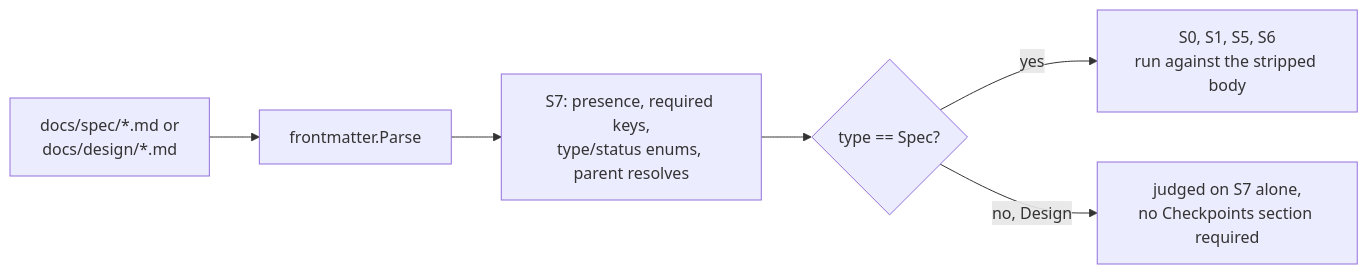
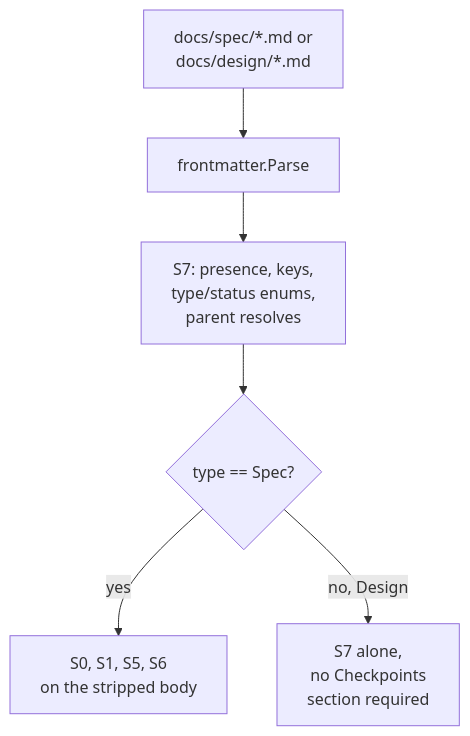
Before and after one commit to damusix/atomic-claude: the third of 3 diagrams in docs/wiki/docs-meta.md, drawn with Mermaid. The commit also changed other lines of this file and 11 other files, not shown here.

````diff
--- a/docs/wiki/docs-meta.md
+++ b/docs/wiki/docs-meta.md
@@ -99,8 +107,8 @@
 ```mermaid
-flowchart LR
+flowchart TD
     F["docs/spec/*.md or<br/>docs/design/*.md"] --> P["frontmatter.Parse"]
-    P --> S7["S7: presence, required keys,<br/>type/status enums, parent resolves"]
+    P --> S7["S7: presence, keys,<br/>type/status enums,<br/>parent resolves"]
     S7 --> T{"type == Spec?"}
-    T -->|yes| R["S0, S1, S5, S6<br/>run against the stripped body"]
-    T -->|no, Design| N["judged on S7 alone,<br/>no Checkpoints section required"]
+    T -->|yes| R["S0, S1, S5, S6<br/>on the stripped body"]
+    T -->|no, Design| N["S7 alone,<br/>no Checkpoints<br/>section required"]
 ```
````
